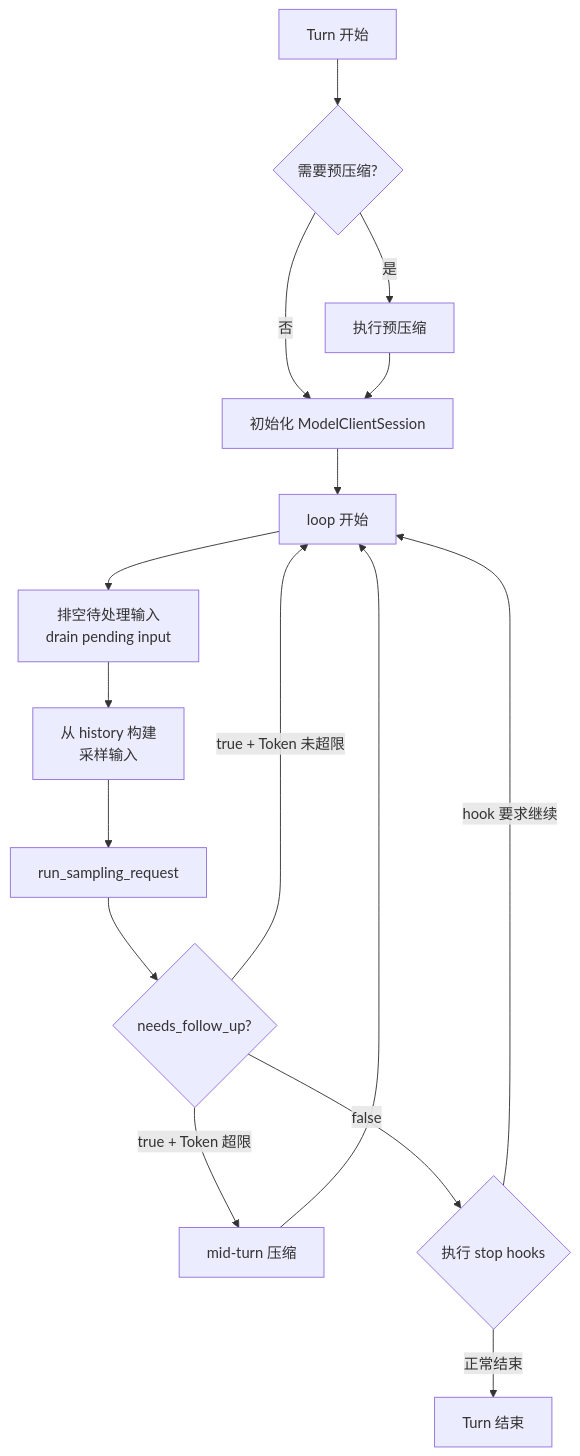
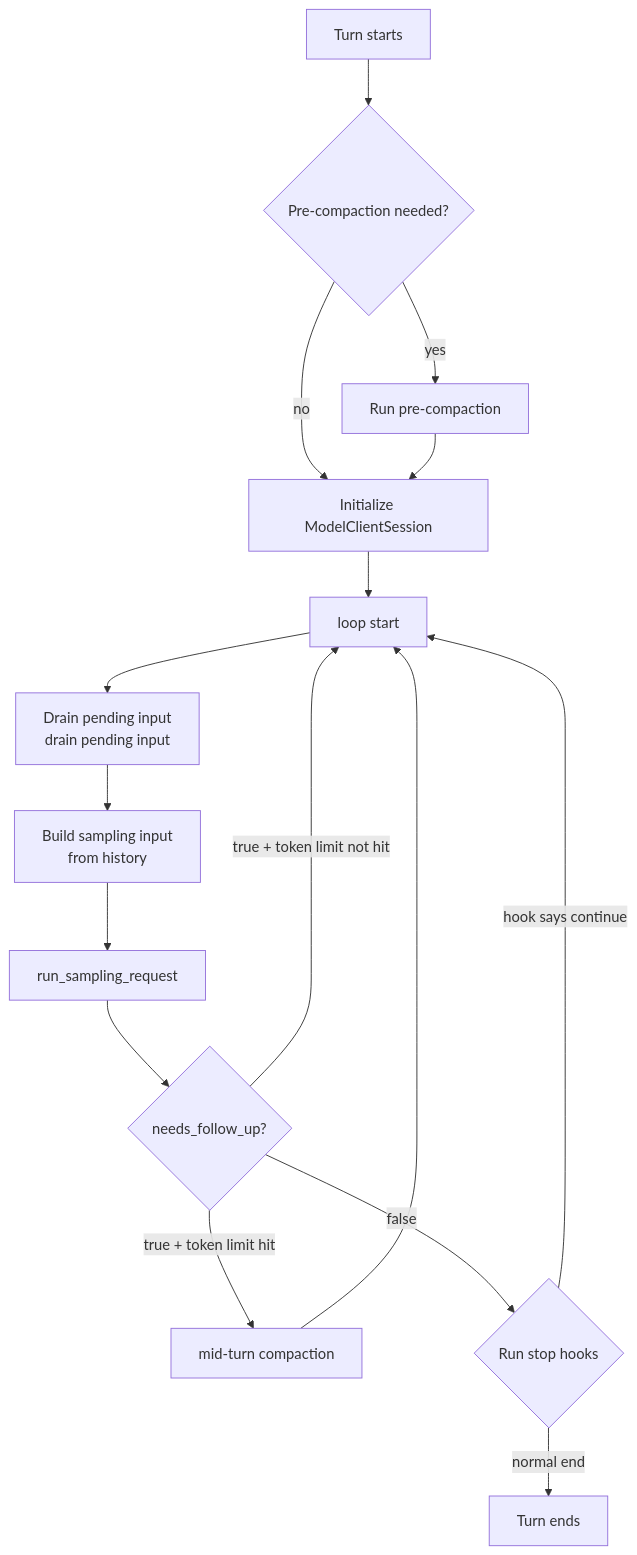
Before and after one commit to yibn2008/learn-codex: the first of 2 diagrams in wiki/03-agent-loop.md, drawn with Mermaid. The commit also changed other lines of this file and 32 other files, not shown here.

````diff
--- a/wiki/03-agent-loop.md
+++ b/wiki/03-agent-loop.md
@@ -9,23 +11,23 @@
 ```mermaid
 graph TD
-    START[Turn 开始] --> PRE{需要预压缩?}
-    PRE -->|是| COMPACT_PRE[执行预压缩]
-    PRE -->|否| INIT
-    COMPACT_PRE --> INIT[初始化 ModelClientSession]
+    START[Turn starts] --> PRE{Pre-compaction needed?}
+    PRE -->|yes| COMPACT_PRE[Run pre-compaction]
+    PRE -->|no| INIT
+    COMPACT_PRE --> INIT[Initialize ModelClientSession]
 
-    INIT --> LOOP[loop 开始]
-    LOOP --> DRAIN[排空待处理输入<br/>drain pending input]
-    DRAIN --> INPUT[从 history 构建<br/>采样输入]
+    INIT --> LOOP[loop start]
+    LOOP --> DRAIN[Drain pending input<br/>drain pending input]
+    DRAIN --> INPUT[Build sampling input<br/>from history]
     INPUT --> SAMPLE[run_sampling_request]
 
     SAMPLE --> FOLLOWUP{needs_follow_up?}
 
-    FOLLOWUP -->|true + Token 超限| MID_COMPACT[mid-turn 压缩]
+    FOLLOWUP -->|true + token limit hit| MID_COMPACT[mid-turn compaction]
     MID_COMPACT --> LOOP
 
-    FOLLOWUP -->|true + Token 未超限| LOOP
+    FOLLOWUP -->|true + token limit not hit| LOOP
 
-    FOLLOWUP -->|false| HOOKS{执行 stop hooks}
-    HOOKS -->|hook 要求继续| LOOP
-    HOOKS -->|正常结束| END[Turn 结束]
+    FOLLOWUP -->|false| HOOKS{Run stop hooks}
+    HOOKS -->|hook says continue| LOOP
+    HOOKS -->|normal end| END[Turn ends]
 ```
````
